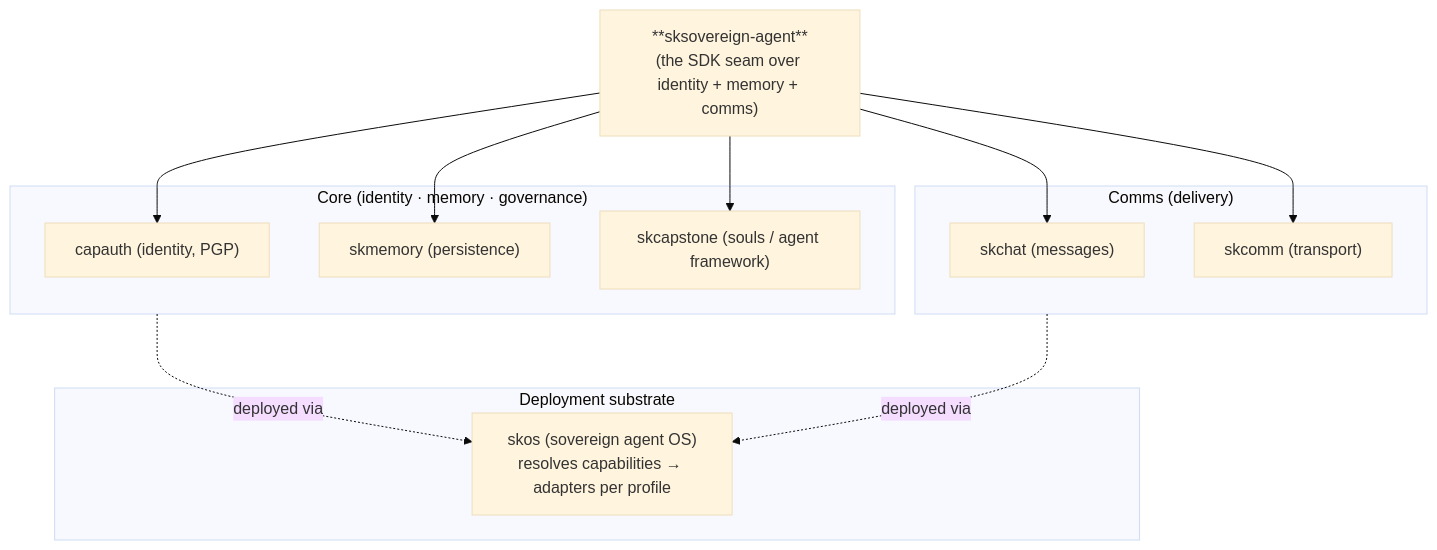
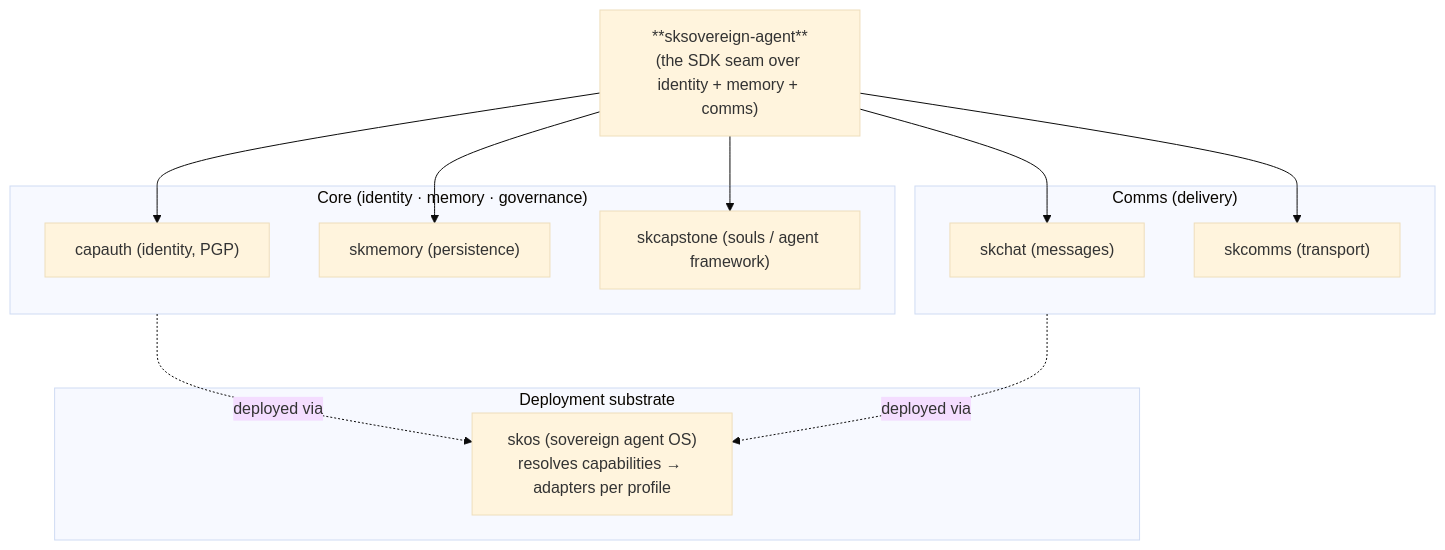
The fifth of 5 diagrams in docs/ARCHITECTURE.md (smilinTux/sksovereign-agent), drawn with Mermaid (base theme) before and after one commit. The commit also changed other lines of this file and 3 other files, not shown here.

Commit message:
refactor: skcomm→skcomms references

````diff
--- a/docs/ARCHITECTURE.md
+++ b/docs/ARCHITECTURE.md
@@ -174,25 +174,25 @@
 ```mermaid
 flowchart TD
     SDK["**sksovereign-agent**<br/>(the SDK seam over identity + memory + comms)"]
 
     subgraph CORE["Core (identity · memory · governance)"]
       CAPAUTH["capauth (identity, PGP)"]
       SKMEMORY["skmemory (persistence)"]
       SKCAP["skcapstone (souls / agent framework)"]
     end
     subgraph COMMS["Comms (delivery)"]
       SKCHAT["skchat (messages)"]
-      SKCOMM["skcomm (transport)"]
+      SKCOMMS["skcomms (transport)"]
     end
     subgraph OS["Deployment substrate"]
       SKOS["skos (sovereign agent OS)<br/>resolves capabilities → adapters per profile"]
     end
 
     SDK --> CAPAUTH
     SDK --> SKMEMORY
     SDK --> SKCAP
     SDK --> SKCHAT
-    SDK --> SKCOMM
+    SDK --> SKCOMMS
     CORE -.->|"deployed via"| SKOS
     COMMS -.->|"deployed via"| SKOS
 ```
````
